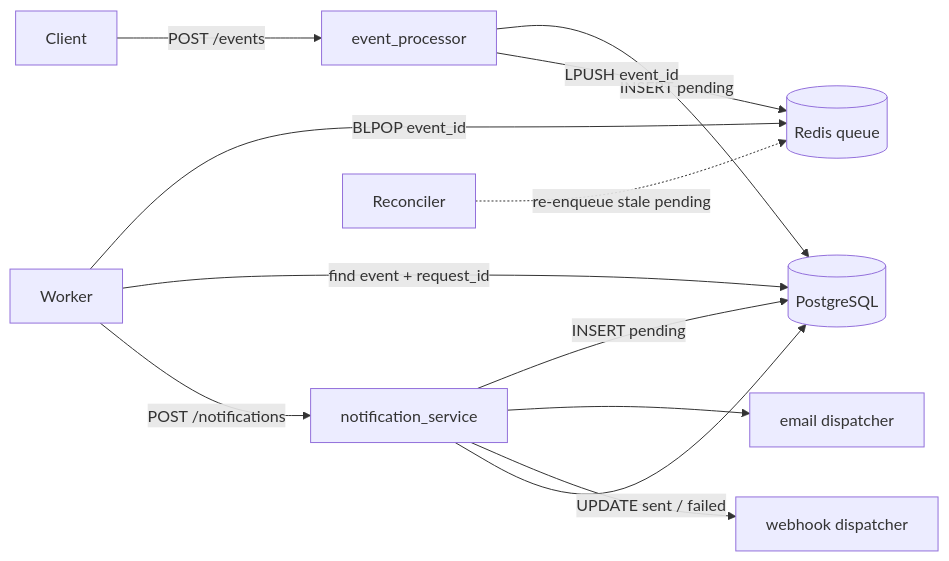
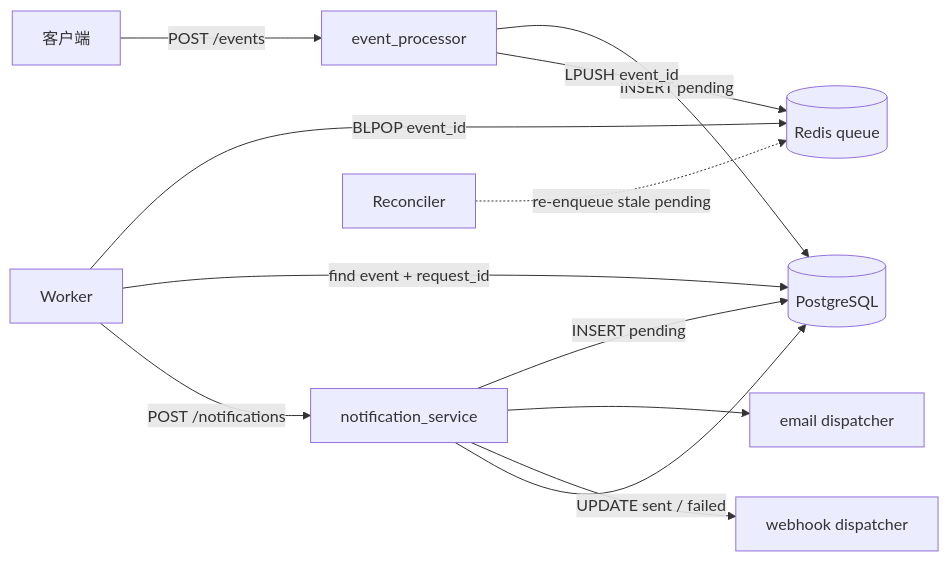
Before and after one commit to iamjarryfeng/notify_system: the diagram in README.md, drawn with Mermaid. The commit also changed other lines of this file, not shown here.

````diff
--- a/README.md
+++ b/README.md
@@ -37,14 +37,14 @@
 ```mermaid
 flowchart LR
-    Client["Client"] -->|"POST /events"| Ingest["event_processor"]
+    Client["客户端"] -->|"POST /events"| Ingest["event_processor"]
     Ingest -->|"INSERT pending"| DB[("PostgreSQL")]
     Ingest -->|"LPUSH event_id"| Queue[("Redis queue")]
     Worker["Worker"] -->|"BLPOP event_id"| Queue
     Worker -->|"find event + request_id"| DB
     Worker -->|"POST /notifications"| Notify["notification_service"]
     Notify -->|"INSERT pending"| DB
     Notify --> Email["email dispatcher"]
     Notify --> Webhook["webhook dispatcher"]
     Notify -->|"UPDATE sent / failed"| DB
     Reconciler["Reconciler"] -.->|"re-enqueue stale pending"| Queue
 ```
````
